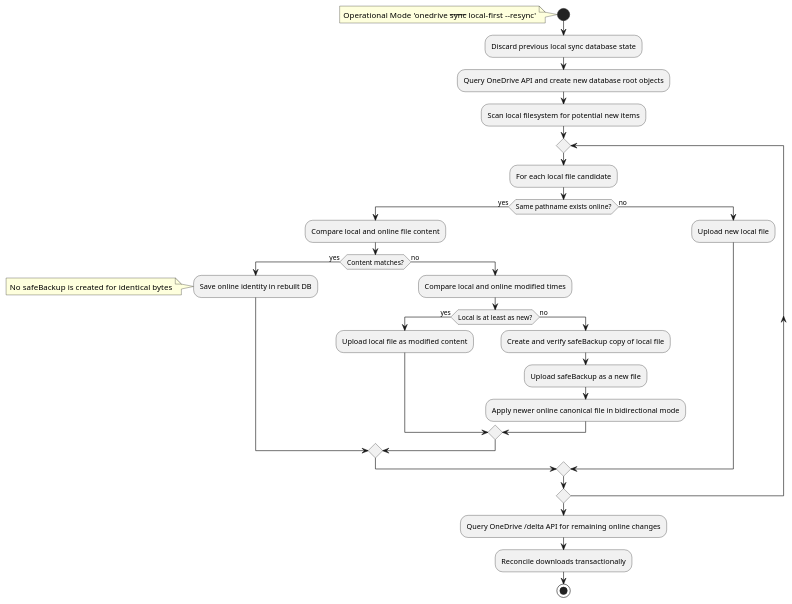
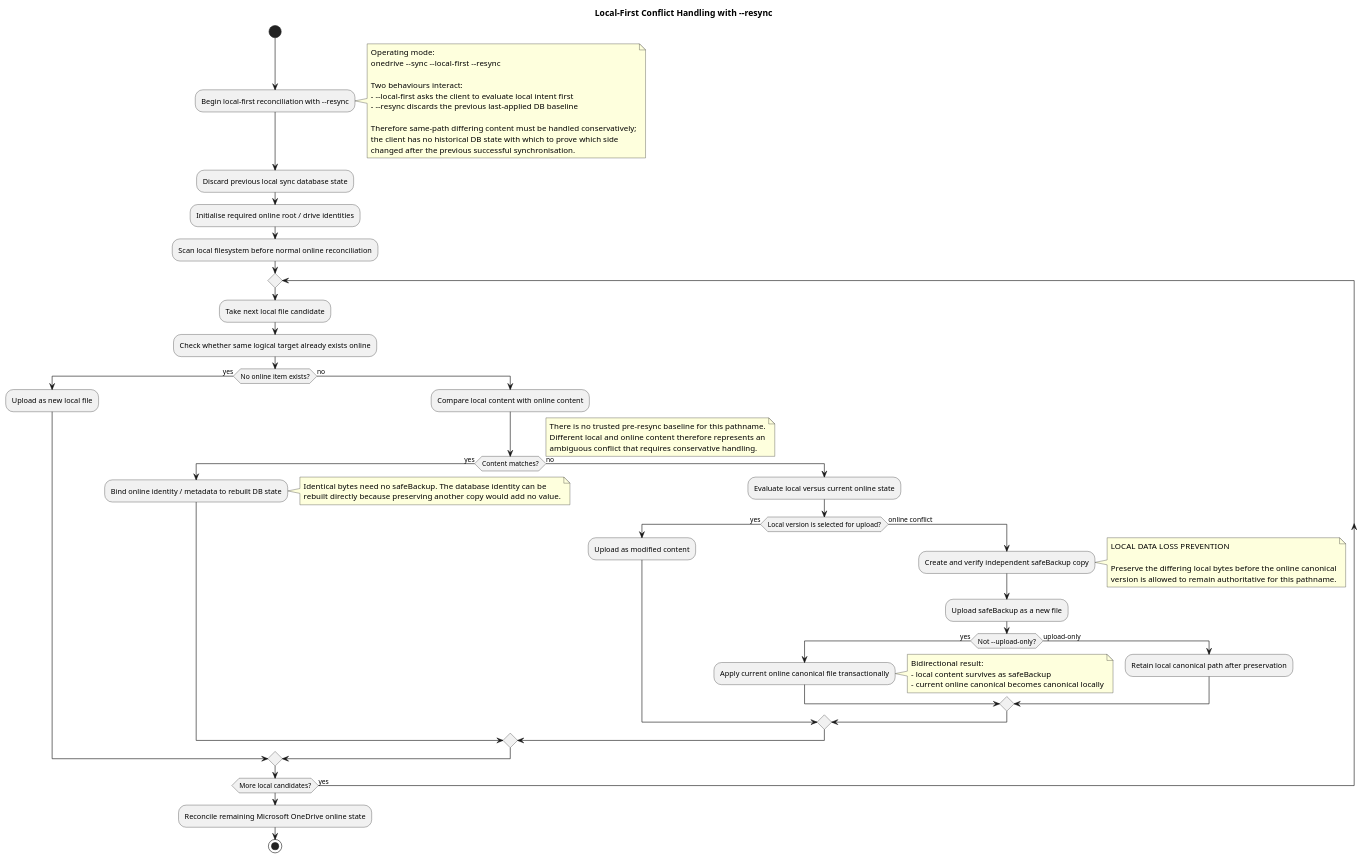
Before and after one commit to abraunegg/onedrive: the diagram in docs/puml/conflict_handling_local-first_resync.puml, drawn with PlantUML. The commit also changed 46 other files, not shown here.

First line of the commit message:
Update architecture documentation (#3870)

```diff
--- a/docs/puml/conflict_handling_local-first_resync.puml
+++ b/docs/puml/conflict_handling_local-first_resync.puml
@@ -1,31 +1,71 @@
 @startuml
+title Local-First Conflict Handling with ~--resync
 start
-note left: Operational Mode 'onedrive --sync --local-first --resync'
+
+:Begin local-first reconciliation with ~--resync;
+note right
+  Operating mode:
+  onedrive ~--sync ~--local-first ~--resync
+
+  Two behaviours interact:
+  - ~--local-first asks the client to evaluate local intent first
+  - ~--resync discards the previous last-applied DB baseline
+
+  Therefore same-path differing content must be handled conservatively;
+  the client has no historical DB state with which to prove which side
+  changed after the previous successful synchronisation.
+end note
+
 :Discard previous local sync database state;
-:Query OneDrive API and create new database root objects;
-:Scan local filesystem for potential new items;
+:Initialise required online root / drive identities;
+:Scan local filesystem before normal online reconciliation;
+
 repeat
-  :For each local file candidate;
-  if (Same pathname exists online?) then (yes)
-    :Compare local and online file content;
+  :Take next local file candidate;
+  :Check whether same logical target already exists online;
+  if (No online item exists?) then (yes)
+    :Upload as new local file;
+  else (no)
+    :Compare local content with online content;
     if (Content matches?) then (yes)
-      :Save online identity in rebuilt DB;
-      note left: No safeBackup is created for identical bytes
+      :Bind online identity / metadata to rebuilt DB state;
+      note right
+        Identical bytes need no safeBackup. The database identity can be
+        rebuilt directly because preserving another copy would add no value.
+      end note
     else (no)
-      :Compare local and online modified times;
-      if (Local is at least as new?) then (yes)
-        :Upload local file as modified content;
-      else (no)
-        :Create and verify safeBackup copy of local file;
+      note right
+        There is no trusted pre-resync baseline for this pathname.
+        Different local and online content therefore represents an
+        ambiguous conflict that requires conservative handling.
+      end note
+      :Evaluate local versus current online state;
+      if (Local version is selected for upload?) then (yes)
+        :Upload as modified content;
+      else (online conflict)
+        :Create and verify independent safeBackup copy;
+        note right
+          LOCAL DATA LOSS PREVENTION
+
+          Preserve the differing local bytes before the online canonical
+          version is allowed to remain authoritative for this pathname.
+        end note
         :Upload safeBackup as a new file;
-        :Apply newer online canonical file in bidirectional mode;
+        if (Not ~--upload-only?) then (yes)
+          :Apply current online canonical file transactionally;
+          note right
+            Bidirectional result:
+            - local content survives as safeBackup
+            - current online canonical becomes canonical locally
+          end note
+        else (upload-only)
+          :Retain local canonical path after preservation;
+        endif
       endif
     endif
-  else (no)
-    :Upload new local file;
   endif
-repeat while
-:Query OneDrive /delta API for remaining online changes;
-:Reconcile downloads transactionally;
+repeat while (More local candidates?) is (yes)
+
+:Reconcile remaining Microsoft OneDrive online state;
 stop
 @enduml
```
